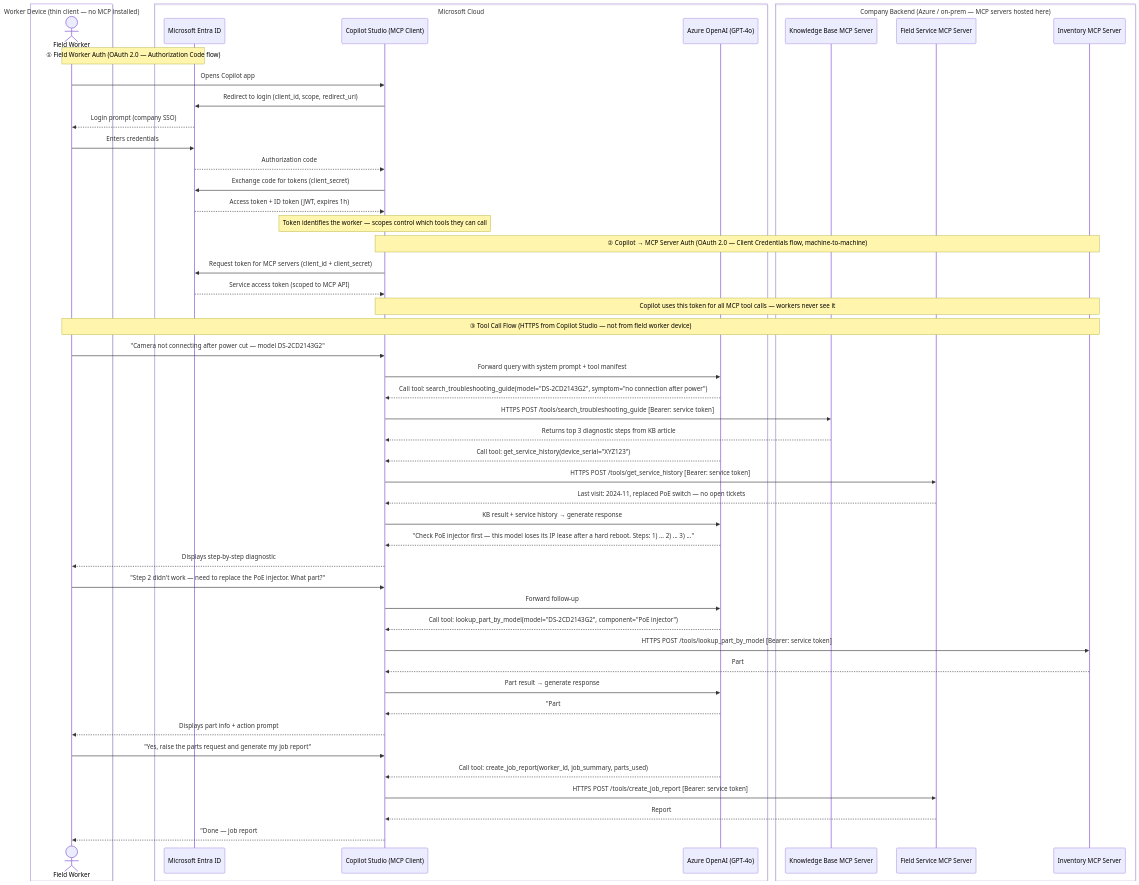
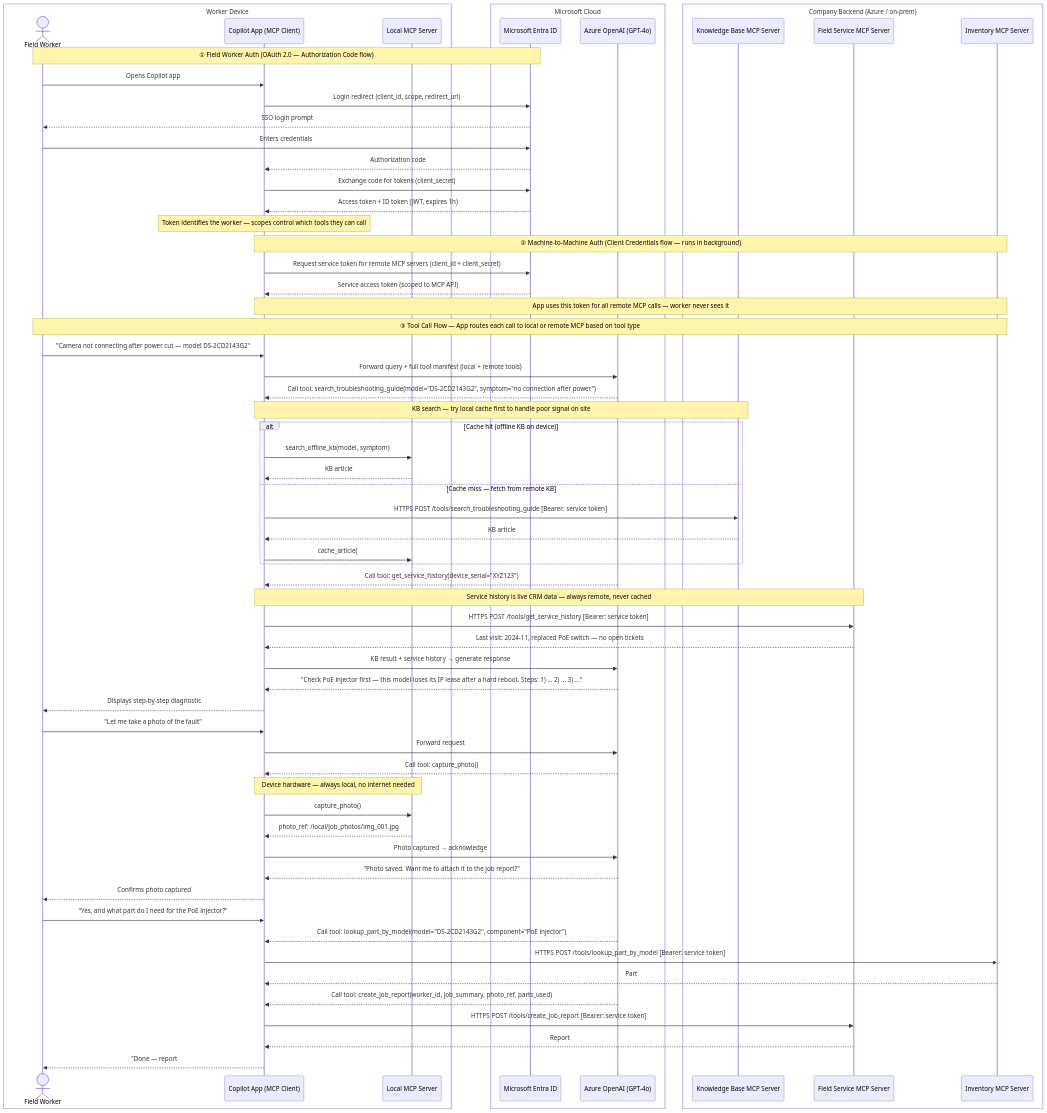
The first of 2 diagrams in docs/side-project-architecture.md (vikasparth/restaurant-main), drawn with Mermaid before and after one commit.

Commit message:
docs: add local MCP server, offline cache fallback and photo capture to field worker diagram
Shows both local MCP (device hardware, offline KB cache) and remote
MCP servers, alt/else cache hit flow, and photo capture routed locally
without internet — reflects real field connectivity constraints.

````diff
--- a/docs/side-project-architecture.md
+++ b/docs/side-project-architecture.md
@@ -83,62 +83,76 @@
 ```mermaid
 sequenceDiagram
-    box Field Worker Device (thin client — no MCP installed)
+    box Field Worker Device
         actor FW as Field Worker
+        participant App as Copilot App (MCP Client)
+        participant LocalMCP as Local MCP Server
     end
     box Microsoft Cloud
         participant Entra as Microsoft Entra ID
-        participant Copilot as Copilot Studio (MCP Client)
         participant LLM as Azure OpenAI (GPT-4o)
     end
-    box Company Backend (Azure / on-prem — MCP servers hosted here)
+    box Company Backend (Azure / on-prem)
         participant KB as Knowledge Base MCP Server
         participant FS as Field Service MCP Server
         participant INV as Inventory MCP Server
     end
 
     Note over FW,Entra: ① Field Worker Auth (OAuth 2.0 — Authorization Code flow)
-    FW->>Copilot: Opens Copilot app
-    Copilot->>Entra: Redirect to login (client_id, scope, redirect_uri)
-    Entra-->>FW: Login prompt (company SSO)
+    FW->>App: Opens Copilot app
+    App->>Entra: Login redirect (client_id, scope, redirect_uri)
+    Entra-->>FW: SSO login prompt
     FW->>Entra: Enters credentials
-    Entra-->>Copilot: Authorization code
-    Copilot->>Entra: Exchange code for tokens (client_secret)
-    Entra-->>Copilot: Access token + ID token (JWT, expires 1h)
-    Note over Copilot: Token identifies the worker — scopes control which tools they can call
+    Entra-->>App: Authorization code
+    App->>Entra: Exchange code for tokens (client_secret)
+    Entra-->>App: Access token + ID token (JWT, expires 1h)
+    Note over App: Token identifies the worker — scopes control which tools they can call
 
-    Note over Copilot,INV: ② Copilot → MCP Server Auth (OAuth 2.0 — Client Credentials flow, machine-to-machine)
-    Copilot->>Entra: Request token for MCP servers (client_id + client_secret)
-    Entra-->>Copilot: Service access token (scoped to MCP API)
-    Note over Copilot,INV: Copilot uses this token for all MCP tool calls — workers never see it
+    Note over App,INV: ② Machine-to-Machine Auth (Client Credentials flow — runs in background)
+    App->>Entra: Request service token for remote MCP servers (client_id + client_secret)
+    Entra-->>App: Service access token (scoped to MCP API)
+    Note over App,INV: App uses this token for all remote MCP calls — worker never sees it
 
-    Note over FW,INV: ③ Tool Call Flow (HTTPS from Copilot Studio — not from field worker device)
-    FW->>Copilot: "Camera not connecting after power cut — model DS-2CD2143G2"
-    Copilot->>LLM: Forward query with system prompt + tool manifest
-    LLM-->>Copilot: Call tool: search_troubleshooting_guide(model="DS-2CD2143G2", symptom="no connection after power")
-    Copilot->>KB: HTTPS POST /tools/search_troubleshooting_guide [Bearer: service token]
-    KB-->>Copilot: Returns top 3 diagnostic steps from KB article #4821
+    Note over FW,INV: ③ Tool Call Flow — App routes each call to local or remote MCP based on tool type
+    FW->>App: "Camera not connecting after power cut — model DS-2CD2143G2"
+    App->>LLM: Forward query + full tool manifest (local + remote tools)
+    LLM-->>App: Call tool: search_troubleshooting_guide(model="DS-2CD2143G2", symptom="no connection after power")
 
-    LLM-->>Copilot: Call tool: get_service_history(device_serial="XYZ123")
-    Copilot->>FS: HTTPS POST /tools/get_service_history [Bearer: service token]
-    FS-->>Copilot: Last visit: 2024-11, replaced PoE switch — no open tickets
+    Note over App,KB: KB search — try local cache first to handle poor signal on site
+    alt Cache hit (offline KB on device)
+        App->>LocalMCP: search_offline_kb(model, symptom)
+        LocalMCP-->>App: KB article #4821 from local cache
+    else Cache miss — fetch from remote KB
+        App->>KB: HTTPS POST /tools/search_troubleshooting_guide [Bearer: service token]
+        KB-->>App: KB article #4821 from live KB
+        App->>LocalMCP: cache_article(#4821) — store locally for future offline use
+    end
 
-    Copilot->>LLM: KB result + service history → generate response
-    LLM-->>Copilot: "Check PoE injector first — this model loses its IP lease after a hard reboot. Steps: 1) ... 2) ... 3) ..."
-    Copilot-->>FW: Displays step-by-step diagnostic
+    LLM-->>App: Call tool: get_service_history(device_serial="XYZ123")
+    Note over App,FS: Service history is live CRM data — always remote, never cached
+    App->>FS: HTTPS POST /tools/get_service_history [Bearer: service token]
+    FS-->>App: Last visit: 2024-11, replaced PoE switch — no open tickets
 
-    FW->>Copilot: "Step 2 didn't work — need to replace the PoE injector. What part?"
-    Copilot->>LLM: Forward follow-up
-    LLM-->>Copilot: Call tool: lookup_part_by_model(model="DS-2CD2143G2", component="PoE injector")
-    Copilot->>INV: HTTPS POST /tools/lookup_part_by_model [Bearer: service token]
-    INV-->>Copilot: Part #POE-48V-15W, in stock at Bristol depot (3 units)
+    App->>LLM: KB result + service history → generate response
+    LLM-->>App: "Check PoE injector first — this model loses its IP lease after a hard reboot. Steps: 1) ... 2) ... 3) ..."
+    App-->>FW: Displays step-by-step diagnostic
 
-    Copilot->>LLM: Part result → generate response
-    LLM-->>Copilot: "Part #POE-48V-15W — 3 in stock at Bristol depot. Want me to raise a parts request?"
-    Copilot-->>FW: Displays part info + action prompt
+    FW->>App: "Let me take a photo of the fault"
+    App->>LLM: Forward request
+    LLM-->>App: Call tool: capture_photo()
+    Note over App,LocalMCP: Device hardware — always local, no internet needed
+    App->>LocalMCP: capture_photo()
+    LocalMCP-->>App: photo_ref: /local/job_photos/img_001.jpg
+    App->>LLM: Photo captured → acknowledge
+    LLM-->>App: "Photo saved. Want me to attach it to the job report?"
+    App-->>FW: Confirms photo captured
 
-    FW->>Copilot: "Yes, raise the parts request and generate my job report"
-    LLM-->>Copilot: Call tool: create_job_report(worker_id, job_summary, parts_used)
-    Copilot->>FS: HTTPS POST /tools/create_job_report [Bearer: service token]
-    FS-->>Copilot: Report #JR-20240502-089 created
-    Copilot-->>FW: "Done — job report #JR-20240502-089 submitted, parts request raised."
+    FW->>App: "Yes, and what part do I need for the PoE injector?"
+    LLM-->>App: Call tool: lookup_part_by_model(model="DS-2CD2143G2", component="PoE injector")
+    App->>INV: HTTPS POST /tools/lookup_part_by_model [Bearer: service token]
+    INV-->>App: Part #POE-48V-15W, in stock at Bristol depot (3 units)
+
+    LLM-->>App: Call tool: create_job_report(worker_id, job_summary, photo_ref, parts_used)
+    App->>FS: HTTPS POST /tools/create_job_report [Bearer: service token]
+    FS-->>App: Report #JR-20240502-089 created with photo attached
+    App-->>FW: "Done — report #JR-20240502-089 submitted with photo, parts request raised."
 ```
````
